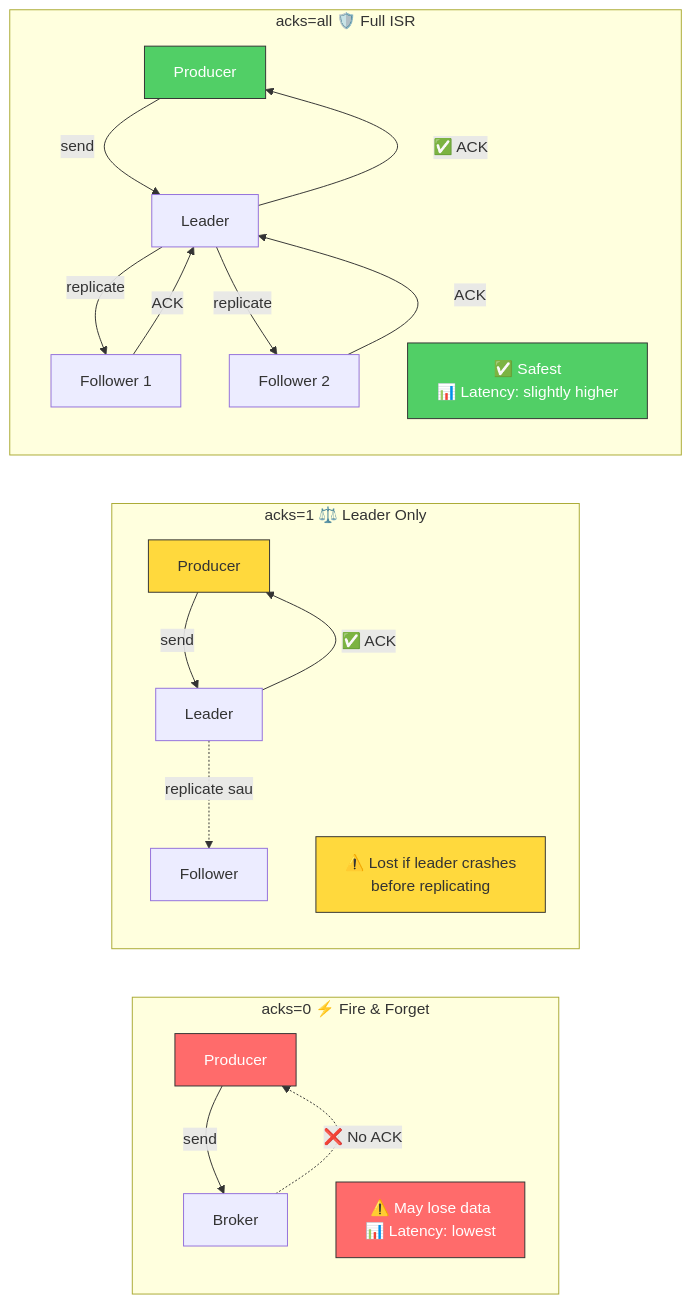
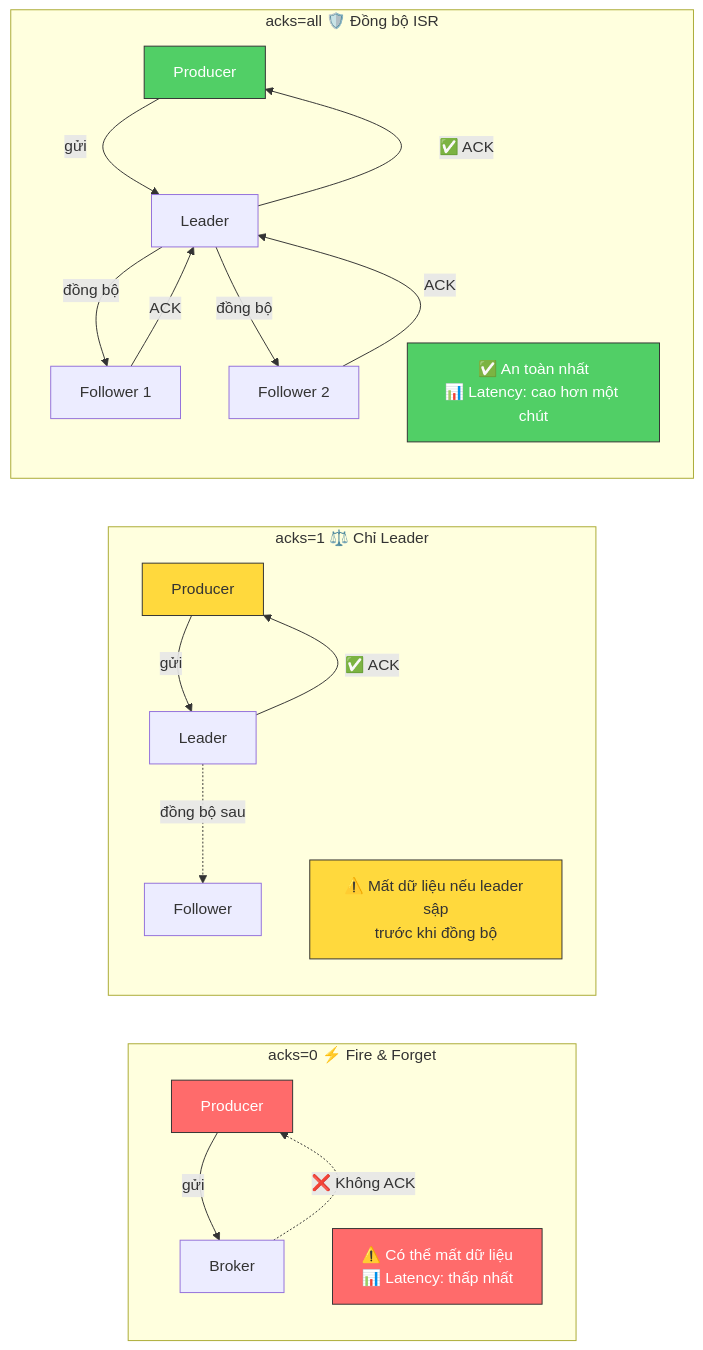
Diagram 14 of 38 in docs/guides/kafka-qrtable.md (quan-vo-dinh/saas-pos-microservices-qrtable), drawn with Mermaid before and after one commit. The commit also changed other lines of this file and 62 other files, not shown here.

````diff
--- a/docs/guides/kafka-qrtable.md
+++ b/docs/guides/kafka-qrtable.md
@@ -636,32 +635,32 @@
 ```mermaid
 graph LR
     subgraph "acks=0 ⚡ Fire & Forget"
-P0["Producer"] -->|"send"| B0["Broker"]
-B0 -.->|"❌ No ACK"| P0
-R0["⚠️ May lose data<br/>📊 Latency: lowest"]
+P0["Producer"] -->|"gửi"| B0["Broker"]
+B0 -.->|"❌ Không ACK"| P0
+R0["⚠️ Có thể mất dữ liệu<br/>📊 Latency: thấp nhất"]
     end
 
-    subgraph "acks=1 ⚖️ Leader Only"
-P1["Producer"] -->|"send"| B1["Leader"]
+    subgraph "acks=1 ⚖️ Chỉ Leader"
+P1["Producer"] -->|"gửi"| B1["Leader"]
         B1 -->|"✅ ACK"| P1
-        B1 -.->|"replicate sau"| F1B["Follower"]
-R1["⚠️ Lost if leader crashes<br/>before replicating"]
+        B1 -.->|"đồng bộ sau"| F1B["Follower"]
+R1["⚠️ Mất dữ liệu nếu leader sập<br/>trước khi đồng bộ"]
     end
 
-    subgraph "acks=all 🛡️ Full ISR"
-P2["Producer"] -->|"send"| B2["Leader"]
-        B2 -->|"replicate"| F2A["Follower 1"]
-        B2 -->|"replicate"| F2B["Follower 2"]
+    subgraph "acks=all 🛡️ Đồng bộ ISR"
+P2["Producer"] -->|"gửi"| B2["Leader"]
+        B2 -->|"đồng bộ"| F2A["Follower 1"]
+        B2 -->|"đồng bộ"| F2B["Follower 2"]
         F2A -->|"ACK"| B2
         F2B -->|"ACK"| B2
         B2 -->|"✅ ACK"| P2
-R2["✅ Safest<br/>📊 Latency: slightly higher"]
+R2["✅ An toàn nhất<br/>📊 Latency: cao hơn một chút"]
     end
 
     style P0 fill:#ff6b6b,stroke:#333,color:#fff
     style P1 fill:#ffd93d,stroke:#333,color:#333
     style P2 fill:#51cf66,stroke:#333,color:#fff
     style R0 fill:#ff6b6b,stroke:#333,color:#fff
     style R1 fill:#ffd93d,stroke:#333,color:#333
     style R2 fill:#51cf66,stroke:#333,color:#fff
 ```
````
